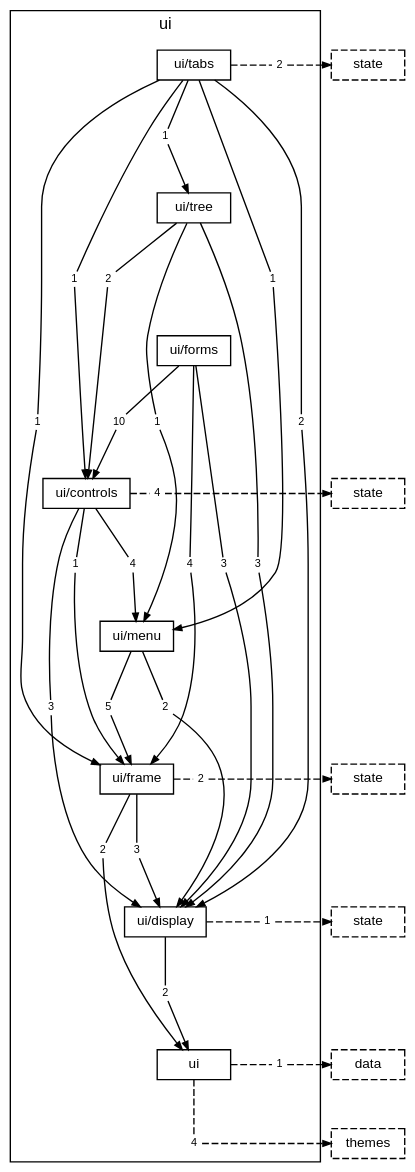
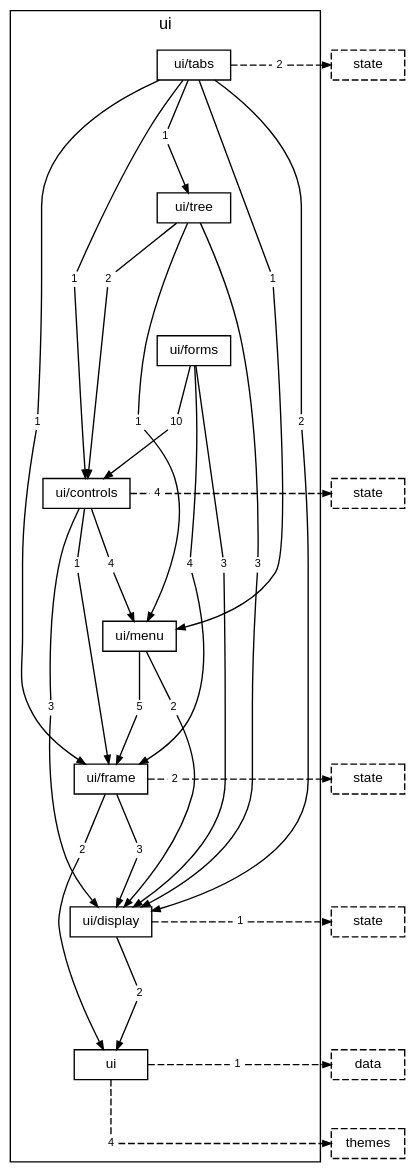
One commit to TheAxeC/oculus changed the diagram in docs/diagrams/layer-ui.dot. Above: the diagram before and after it, drawn with Graphviz. The commit also changed 169 other files, not shown here.

```diff
--- a/docs/diagrams/layer-ui.dot
+++ b/docs/diagrams/layer-ui.dot
@@ -1,110 +1,110 @@
 digraph layer_ui {
-    graph [bgcolor="transparent", rankdir=TB, newrank=true, fontname="Helvetica,Arial,sans-serif", fontsize=12, nodesep=0.2, ranksep=0.5];
+    graph [bgcolor="transparent", rankdir=TB, newrank=true, mclimit=4, fontname="Helvetica,Arial,sans-serif", fontsize=12, nodesep=0.2, ranksep=0.5];
     node [shape=box, color="black", fontcolor="black", fontname="Helvetica,Arial,sans-serif", fontsize=10, height=0.3, margin="0.12,0.04"];
     edge [color="black", fontcolor="black", fontname="Helvetica,Arial,sans-serif", fontsize=8, arrowsize=0.6];
     subgraph "cluster_ui" {
         label="ui"; style=solid;
         "folder ui/tabs" [label="ui/tabs"];
         "folder ui/tree" [label="ui/tree"];
         "folder ui/forms" [label="ui/forms"];
         "folder ui/controls" [label="ui/controls"];
         "folder ui/menu" [label="ui/menu"];
         "folder ui/frame" [label="ui/frame"];
         "folder ui/display" [label="ui/display"];
         "folder ui" [label="ui"];
         "folder ui/tabs to folder ui/controls" [label="1", shape=box, color="transparent", fontsize=8, width=0, height=0, margin="0.04,0.02"];
         "folder ui/tabs to folder ui/display" [label="2", shape=box, color="transparent", fontsize=8, width=0, height=0, margin="0.04,0.02"];
         "folder ui/tabs to folder ui/frame" [label="1", shape=box, color="transparent", fontsize=8, width=0, height=0, margin="0.04,0.02"];
         "folder ui/tabs to folder ui/menu" [label="1", shape=box, color="transparent", fontsize=8, width=0, height=0, margin="0.04,0.02"];
         "folder ui/tabs to folder ui/tree" [label="1", shape=box, color="transparent", fontsize=8, width=0, height=0, margin="0.04,0.02"];
         "folder ui/tabs to layer state" [label="2", shape=box, color="transparent", fontsize=8, width=0, height=0, margin="0.04,0.02"];
         "folder ui/tree to folder ui/controls" [label="2", shape=box, color="transparent", fontsize=8, width=0, height=0, margin="0.04,0.02"];
         "folder ui/tree to folder ui/display" [label="3", shape=box, color="transparent", fontsize=8, width=0, height=0, margin="0.04,0.02"];
         "folder ui/tree to folder ui/menu" [label="1", shape=box, color="transparent", fontsize=8, width=0, height=0, margin="0.04,0.02"];
         "folder ui/forms to folder ui/controls" [label="10", shape=box, color="transparent", fontsize=8, width=0, height=0, margin="0.04,0.02"];
         "folder ui/forms to folder ui/display" [label="3", shape=box, color="transparent", fontsize=8, width=0, height=0, margin="0.04,0.02"];
         "folder ui/forms to folder ui/frame" [label="4", shape=box, color="transparent", fontsize=8, width=0, height=0, margin="0.04,0.02"];
         "folder ui/controls to folder ui/display" [label="3", shape=box, color="transparent", fontsize=8, width=0, height=0, margin="0.04,0.02"];
         "folder ui/controls to folder ui/frame" [label="1", shape=box, color="transparent", fontsize=8, width=0, height=0, margin="0.04,0.02"];
         "folder ui/controls to folder ui/menu" [label="4", shape=box, color="transparent", fontsize=8, width=0, height=0, margin="0.04,0.02"];
         "folder ui/controls to layer state" [label="4", shape=box, color="transparent", fontsize=8, width=0, height=0, margin="0.04,0.02"];
         "folder ui/menu to folder ui/display" [label="2", shape=box, color="transparent", fontsize=8, width=0, height=0, margin="0.04,0.02"];
         "folder ui/menu to folder ui/frame" [label="5", shape=box, color="transparent", fontsize=8, width=0, height=0, margin="0.04,0.02"];
         "folder ui/frame to folder ui" [label="2", shape=box, color="transparent", fontsize=8, width=0, height=0, margin="0.04,0.02"];
         "folder ui/frame to folder ui/display" [label="3", shape=box, color="transparent", fontsize=8, width=0, height=0, margin="0.04,0.02"];
         "folder ui/frame to layer state" [label="2", shape=box, color="transparent", fontsize=8, width=0, height=0, margin="0.04,0.02"];
         "folder ui/display to folder ui" [label="2", shape=box, color="transparent", fontsize=8, width=0, height=0, margin="0.04,0.02"];
         "folder ui/display to layer state" [label="1", shape=box, color="transparent", fontsize=8, width=0, height=0, margin="0.04,0.02"];
         "folder ui to layer data" [label="1", shape=box, color="transparent", fontsize=8, width=0, height=0, margin="0.04,0.02"];
         "folder ui to layer themes" [label="4", shape=box, color="transparent", fontsize=8, width=0, height=0, margin="0.04,0.02"];
     }
     "layer state from folder ui/tabs" [label="state", style=dashed];
     "layer state from folder ui/controls" [label="state", style=dashed];
     "layer state from folder ui/frame" [label="state", style=dashed];
     "layer state from folder ui/display" [label="state", style=dashed];
     "layer data from folder ui" [label="data", style=dashed];
     "layer themes from folder ui" [label="themes", style=dashed];
     "folder ui/tabs" -> "folder ui/tree" [style=invis, weight=10, minlen=2];
     "folder ui/tree" -> "folder ui/forms" [style=invis, weight=10, minlen=2];
     "folder ui/forms" -> "folder ui/controls" [style=invis, weight=10, minlen=2];
     "folder ui/controls" -> "folder ui/menu" [style=invis, weight=10, minlen=2];
     "folder ui/menu" -> "folder ui/frame" [style=invis, weight=10, minlen=2];
     "folder ui/frame" -> "folder ui/display" [style=invis, weight=10, minlen=2];
     "folder ui/display" -> "folder ui" [style=invis, weight=10, minlen=2];
     "folder ui/tabs" -> "folder ui/tabs to folder ui/controls" [arrowhead=none, minlen=3, weight=10];
     "folder ui/tabs to folder ui/controls" -> "folder ui/controls" [];
     "folder ui/tabs" -> "folder ui/tabs to folder ui/display" [arrowhead=none, minlen=5, weight=10];
     "folder ui/tabs to folder ui/display" -> "folder ui/display" [];
     "folder ui/tabs" -> "folder ui/tabs to folder ui/frame" [arrowhead=none, minlen=5, weight=10];
     "folder ui/tabs to folder ui/frame" -> "folder ui/frame" [];
     "folder ui/tabs" -> "folder ui/tabs to folder ui/menu" [arrowhead=none, minlen=3, weight=10];
     "folder ui/tabs to folder ui/menu" -> "folder ui/menu" [];
     "folder ui/tabs" -> "folder ui/tabs to folder ui/tree" [arrowhead=none, minlen=1, weight=10];
     "folder ui/tabs to folder ui/tree" -> "folder ui/tree" [];
     "folder ui/tabs" -> "folder ui/tabs to layer state" [arrowhead=none, style=dashed];
     "folder ui/tabs to layer state" -> "layer state from folder ui/tabs" [style=dashed];
     { rank=same; "folder ui/tabs"; "folder ui/tabs to layer state"; "layer state from folder ui/tabs"; }
     "folder ui/tree" -> "folder ui/tree to folder ui/controls" [arrowhead=none, minlen=1, weight=10];
     "folder ui/tree to folder ui/controls" -> "folder ui/controls" [];
     "folder ui/tree" -> "folder ui/tree to folder ui/display" [arrowhead=none, minlen=5, weight=10];
     "folder ui/tree to folder ui/display" -> "folder ui/display" [];
     "folder ui/tree" -> "folder ui/tree to folder ui/menu" [arrowhead=none, minlen=3, weight=10];
     "folder ui/tree to folder ui/menu" -> "folder ui/menu" [];
     "folder ui/forms" -> "folder ui/forms to folder ui/controls" [arrowhead=none, minlen=1, weight=10];
     "folder ui/forms to folder ui/controls" -> "folder ui/controls" [];
     "folder ui/forms" -> "folder ui/forms to folder ui/display" [arrowhead=none, minlen=3, weight=10];
     "folder ui/forms to folder ui/display" -> "folder ui/display" [];
     "folder ui/forms" -> "folder ui/forms to folder ui/frame" [arrowhead=none, minlen=3, weight=10];
     "folder ui/forms to folder ui/frame" -> "folder ui/frame" [];
     "folder ui/controls" -> "folder ui/controls to folder ui/display" [arrowhead=none, minlen=3, weight=10];
     "folder ui/controls to folder ui/display" -> "folder ui/display" [];
     "folder ui/controls" -> "folder ui/controls to folder ui/frame" [arrowhead=none, minlen=1, weight=10];
     "folder ui/controls to folder ui/frame" -> "folder ui/frame" [];
     "folder ui/controls" -> "folder ui/controls to folder ui/menu" [arrowhead=none, minlen=1, weight=10];
     "folder ui/controls to folder ui/menu" -> "folder ui/menu" [];
     "folder ui/controls" -> "folder ui/controls to layer state" [arrowhead=none, style=dashed];
     "folder ui/controls to layer state" -> "layer state from folder ui/controls" [style=dashed];
     { rank=same; "folder ui/controls"; "folder ui/controls to layer state"; "layer state from folder ui/controls"; }
     "folder ui/menu" -> "folder ui/menu to folder ui/display" [arrowhead=none, minlen=1, weight=10];
     "folder ui/menu to folder ui/display" -> "folder ui/display" [];
     "folder ui/menu" -> "folder ui/menu to folder ui/frame" [arrowhead=none, minlen=1, weight=10];
     "folder ui/menu to folder ui/frame" -> "folder ui/frame" [];
     "folder ui/frame" -> "folder ui/frame to folder ui" [arrowhead=none, minlen=1, weight=10];
     "folder ui/frame to folder ui" -> "folder ui" [];
     "folder ui/frame" -> "folder ui/frame to folder ui/display" [arrowhead=none, minlen=1, weight=10];
     "folder ui/frame to folder ui/display" -> "folder ui/display" [];
     "folder ui/frame" -> "folder ui/frame to layer state" [arrowhead=none, style=dashed];
     "folder ui/frame to layer state" -> "layer state from folder ui/frame" [style=dashed];
     { rank=same; "folder ui/frame"; "folder ui/frame to layer state"; "layer state from folder ui/frame"; }
     "folder ui/display" -> "folder ui/display to folder ui" [arrowhead=none, minlen=1, weight=10];
     "folder ui/display to folder ui" -> "folder ui" [];
     "folder ui/display" -> "folder ui/display to layer state" [arrowhead=none, style=dashed];
     "folder ui/display to layer state" -> "layer state from folder ui/display" [style=dashed];
     { rank=same; "folder ui/display"; "folder ui/display to layer state"; "layer state from folder ui/display"; }
     "folder ui" -> "folder ui to layer data" [arrowhead=none, style=dashed];
     "folder ui to layer data" -> "layer data from folder ui" [style=dashed];
     { rank=same; "folder ui"; "folder ui to layer data"; "layer data from folder ui"; }
     "folder ui" -> "folder ui to layer themes" [arrowhead=none, style=dashed, minlen=1, weight=10];
     "folder ui to layer themes" -> "layer themes from folder ui" [style=dashed];
     { rank=same; "folder ui to layer themes"; "layer themes from folder ui"; }
 }
```
